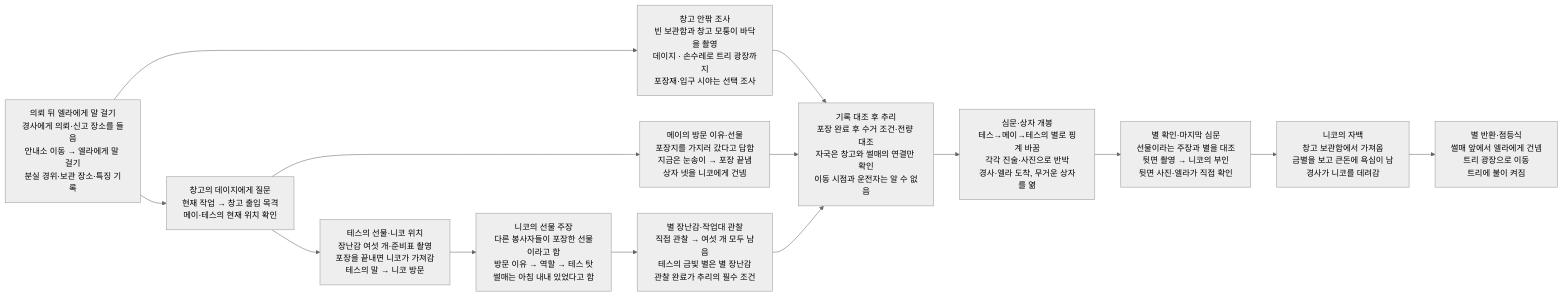
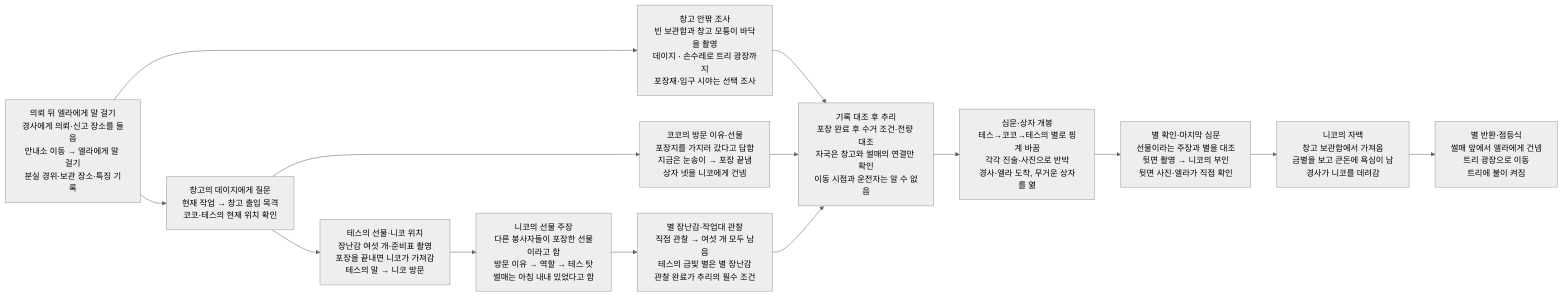
Before and after one commit to wonny95/detective-v2: the second of 2 diagrams in design/case-10-christmas-star.md, drawn with Mermaid (neutral theme). The commit also changed other lines of this file and 94 other files, not shown here.

````diff
--- a/design/case-10-christmas-star.md
+++ b/design/case-10-christmas-star.md
@@ -49,28 +49,28 @@
 ```mermaid
 flowchart LR
     s1["의뢰 뒤 엘라에게 말 걸기<br/>경사에게 의뢰·신고 장소를 들음<br/>안내소 이동 → 엘라에게 말 걸기<br/>분실 경위·보관 장소·특징 기록"]
-    s2["창고의 데이지에게 질문<br/>현재 작업 → 창고 출입 목격<br/>메이·테스의 현재 위치 확인"]
+    s2["창고의 데이지에게 질문<br/>현재 작업 → 창고 출입 목격<br/>코코·테스의 현재 위치 확인"]
     s3["창고 안팎 조사<br/>빈 보관함과 창고 모퉁이 바닥을 촬영<br/>데이지 · 손수레로 트리 광장까지<br/>포장재·입구 시야는 선택 조사"]
-    s4["메이의 방문 이유·선물<br/>포장지를 가지러 갔다고 답함<br/>지금은 눈송이 → 포장 끝냄<br/>상자 넷을 니코에게 건넴"]
+    s4["코코의 방문 이유·선물<br/>포장지를 가지러 갔다고 답함<br/>지금은 눈송이 → 포장 끝냄<br/>상자 넷을 니코에게 건넴"]
     s5["테스의 선물·니코 위치<br/>장난감 여섯 개·준비표 촬영<br/>포장을 끝내면 니코가 가져감<br/>테스의 말 → 니코 방문"]
     s6["니코의 선물 주장<br/>다른 봉사자들이 포장한 선물이라고 함<br/>방문 이유 → 역할 → 테스 탓<br/>썰매는 아침 내내 있었다고 함"]
     s7["별 장난감·작업대 관찰<br/>직접 관찰 → 여섯 개 모두 남음<br/>테스의 금빛 별은 별 장난감<br/>관찰 완료가 추리의 필수 조건"]
     s8["기록 대조 후 추리<br/>포장 완료 후 수거 조건·전량 대조<br/>자국은 창고와 썰매의 연결만 확인<br/>이동 시점과 운전자는 알 수 없음"]
-    s9["심문·상자 개봉<br/>테스→메이→테스의 별로 핑계 바꿈<br/>각각 진술·사진으로 반박<br/>경사·엘라 도착, 무거운 상자를 엶"]
+    s9["심문·상자 개봉<br/>테스→코코→테스의 별로 핑계 바꿈<br/>각각 진술·사진으로 반박<br/>경사·엘라 도착, 무거운 상자를 엶"]
     s10["별 확인·마지막 심문<br/>선물이라는 주장과 별을 대조<br/>뒷면 촬영 → 니코의 부인<br/>뒷면 사진·엘라가 직접 확인"]
     s11["니코의 자백<br/>창고 보관함에서 가져옴<br/>금별을 보고 큰돈에 욕심이 남<br/>경사가 니코를 데려감"]
     s12["별 반환·점등식<br/>썰매 앞에서 엘라에게 건넴<br/>트리 광장으로 이동<br/>트리에 불이 켜짐"]
     s1 --> s2
     s1 --> s3
     s2 --> s4
     s2 --> s5
     s3 --> s8
     s4 --> s8
     s5 --> s6
     s6 --> s7
     s7 --> s8
     s8 --> s9
     s9 --> s10
     s10 --> s11
     s11 --> s12
 ```
````
